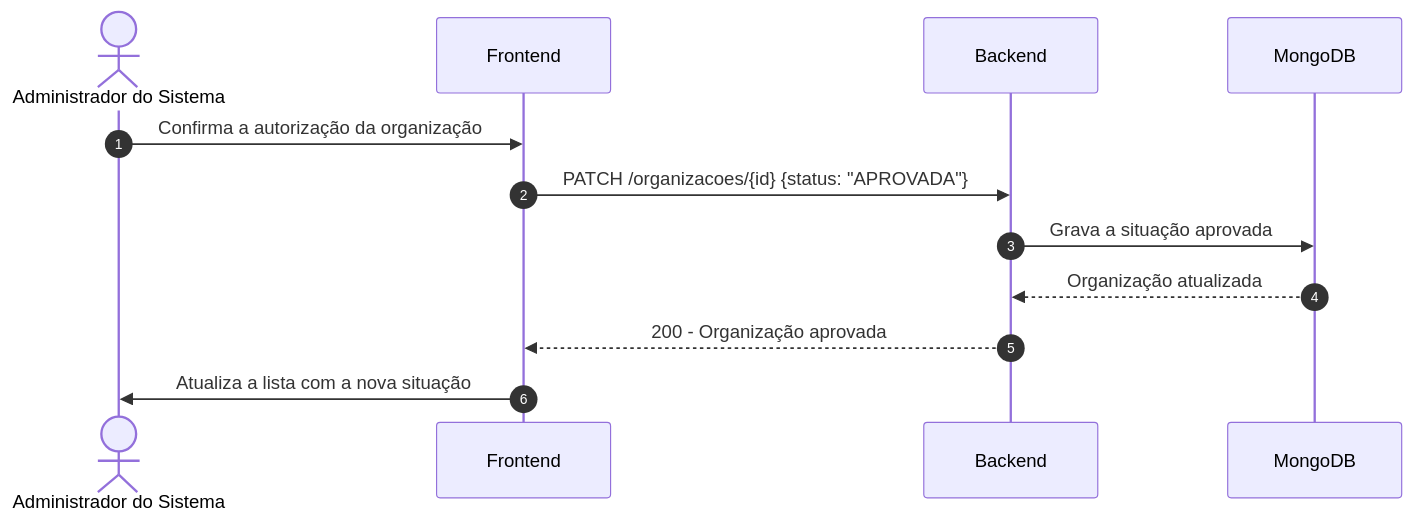
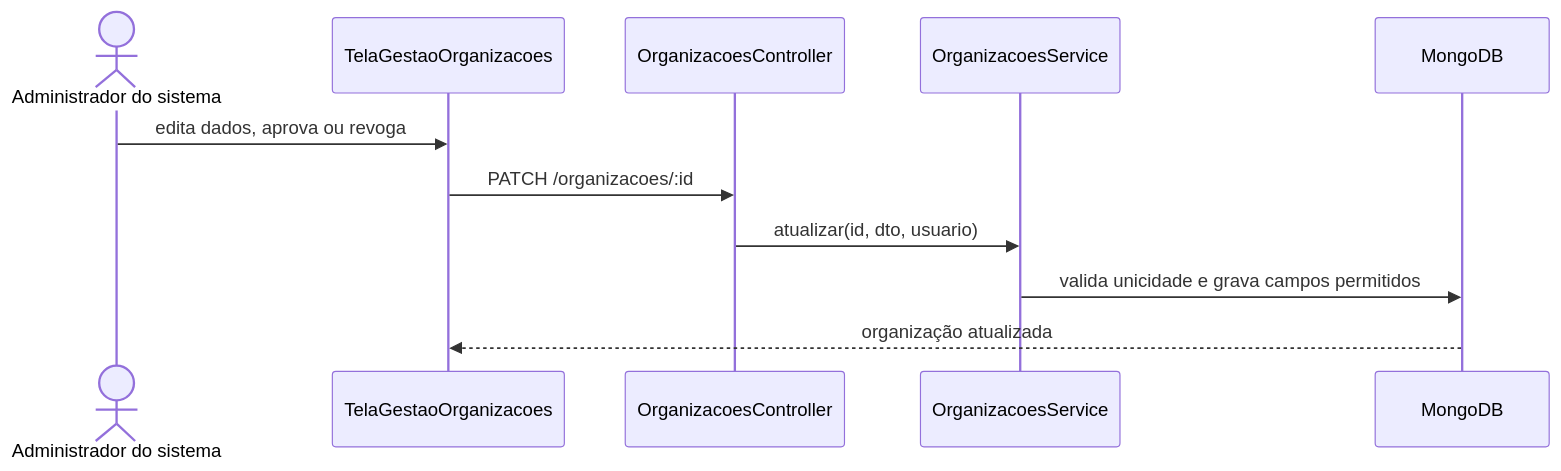
One commit to Conecta-IFSP/DOCUMENTATION changed the third of 8 diagrams in 2 - Incremento1/cadastro-organizacao/6 - diagramas-sequencia-cadastro-organizacao.md. Above: the diagram before and after it, drawn with Mermaid. The commit also changed other lines of this file and 43 other files, not shown here.

````diff
--- a/2 - Incremento1/cadastro-organizacao/6 - diagramas-sequencia-cadastro-organizacao.md
+++ b/2 - Incremento1/cadastro-organizacao/6 - diagramas-sequencia-cadastro-organizacao.md
@@ -43,15 +40,13 @@
 ```mermaid
 sequenceDiagram
-    autonumber
-    actor AdminSis as Administrador do Sistema
-    participant Front as Frontend
-    participant API as Backend
+    actor A as Administrador do sistema
+    participant T as TelaGestaoOrganizacoes
+    participant C as OrganizacoesController
+    participant S as OrganizacoesService
     participant DB as MongoDB
-
-    AdminSis->>Front: Confirma a autorização da organização
-    Front->>API: PATCH /organizacoes/{id} {status: "APROVADA"}
-    API->>DB: Grava a situação aprovada
-    DB-->>API: Organização atualizada
-    API-->>Front: 200 - Organização aprovada
-    Front->>AdminSis: Atualiza a lista com a nova situação
+    A->>T: edita dados, aprova ou revoga
+    T->>C: PATCH /organizacoes/:id
+    C->>S: atualizar(id, dto, usuario)
+    S->>DB: valida unicidade e grava campos permitidos
+    DB-->>T: organização atualizada
 ```
````
